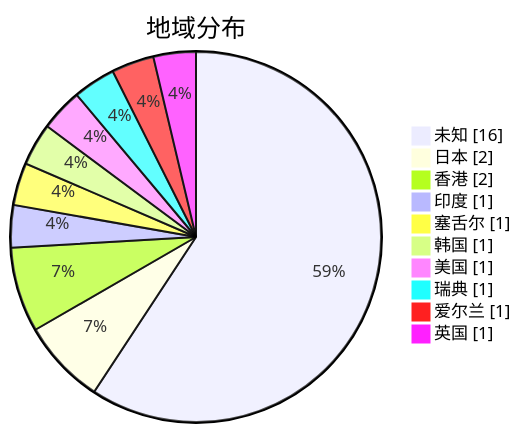
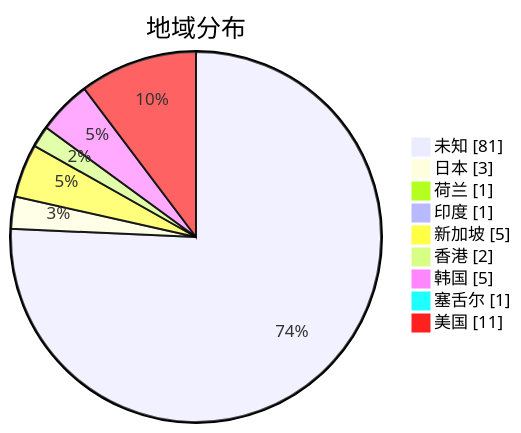
The second of 3 diagrams in subs/statistics/tested_within.md (qjlxg/airport), drawn with Mermaid before and after one commit. The commit also changed other lines of this file and 2 other files, not shown here.

````diff
--- a/subs/statistics/tested_within.md
+++ b/subs/statistics/tested_within.md
@@ -9,14 +11,13 @@
 ```mermaid
 pie showData
 title 地域分布
-"未知" : 16
-"日本" : 2
+"未知" : 81
+"日本" : 3
+"荷兰" : 1
+"印度" : 1
+"新加坡" : 5
 "香港" : 2
-"印度" : 1
+"韩国" : 5
 "塞舌尔" : 1
-"韩国" : 1
-"美国" : 1
-"瑞典" : 1
-"爱尔兰" : 1
-"英国" : 1
+"美国" : 11
 ```
````
